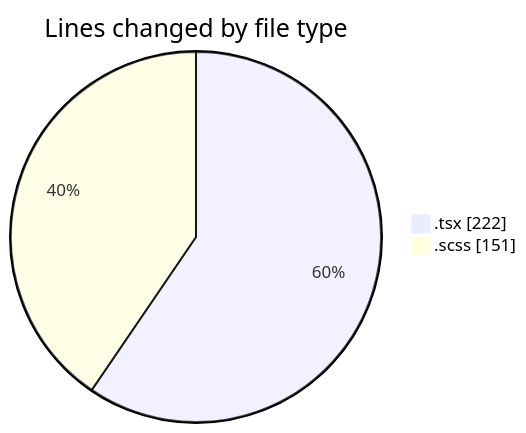
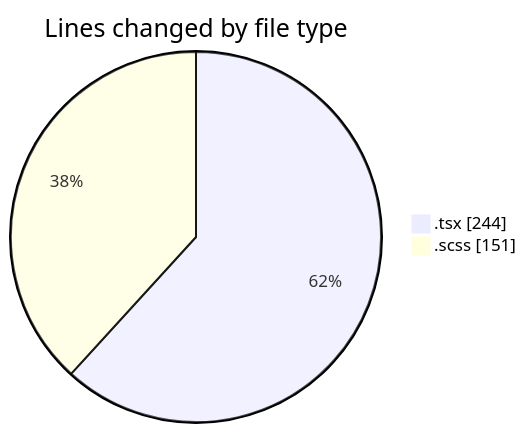
One commit to momahboobian/code-tracking changed the first of 2 diagrams in 2026-04-16/cda/README.md. Above: the diagram before and after it, drawn with Mermaid. The commit also changed other lines of this file and 1 other file, not shown here.

````diff
--- a/2026-04-16/cda/README.md
+++ b/2026-04-16/cda/README.md
@@ -22,6 +22,6 @@
 ```mermaid
 pie showData
 title Lines changed by file type
-".tsx" : 222
+".tsx" : 244
 ".scss" : 151
 ```
````
